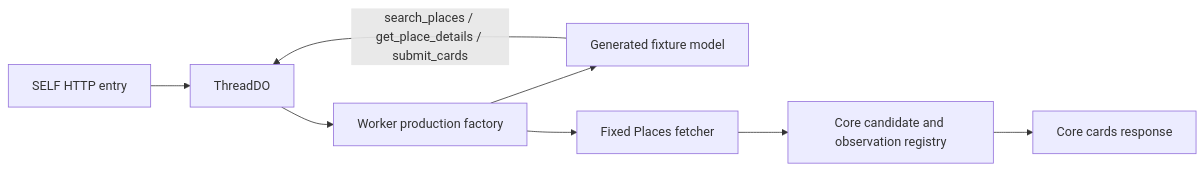
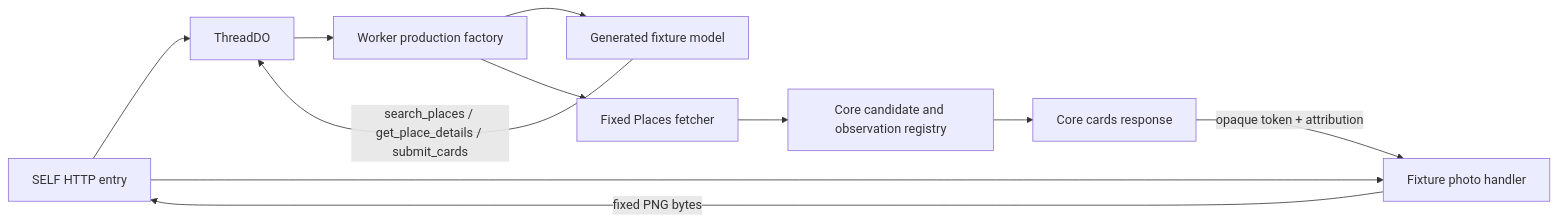
The diagram in docs/design/m28-dev-fixture.md (takapom/ima-app), drawn with Mermaid before and after one commit. The commit also changed other lines of this file and 3 other files, not shown here.

````diff
--- a/docs/design/m28-dev-fixture.md
+++ b/docs/design/m28-dev-fixture.md
@@ -10,10 +10,13 @@
 ```mermaid
 flowchart LR
   HTTP[SELF HTTP entry] --> DO[ThreadDO]
   DO --> Factory[Worker production factory]
   Factory --> Model[Generated fixture model]
   Factory --> Places[Fixed Places fetcher]
+  HTTP --> Photo[Fixture photo handler]
   Model -->|search_places / get_place_details / submit_cards| DO
   Places --> Registry[Core candidate and observation registry]
   Registry --> Cards[Core cards response]
+  Cards -->|opaque token + attribution| Photo
+  Photo -->|fixed PNG bytes| HTTP
 ```
````
